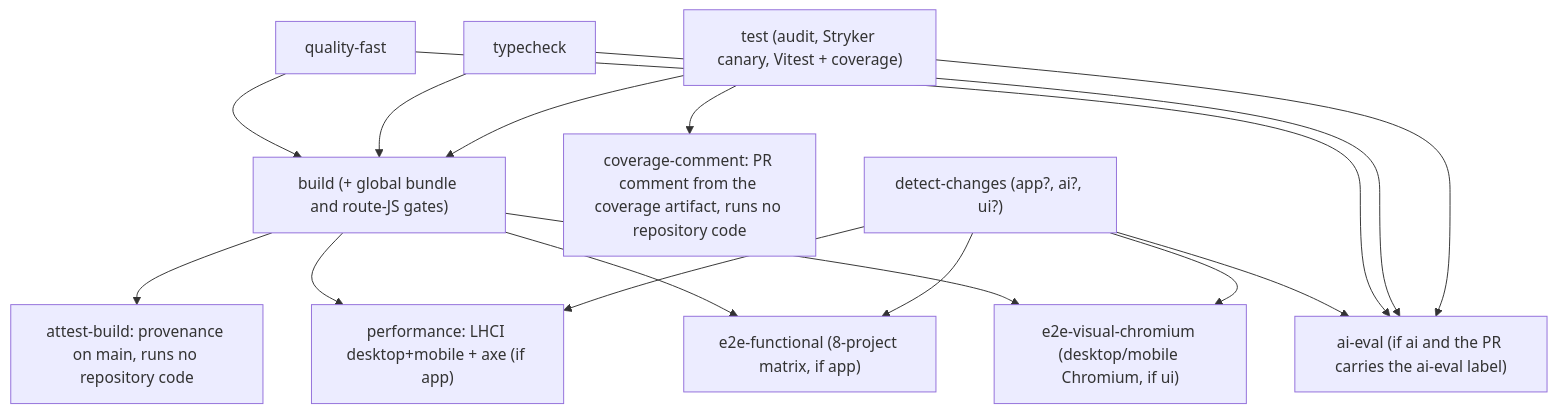
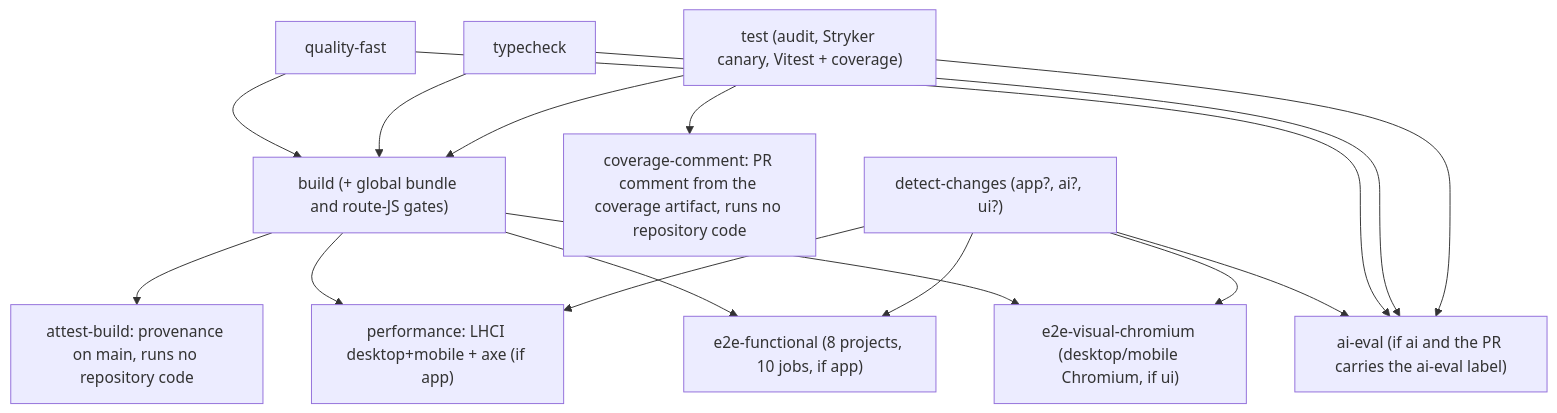
Before and after one commit to erikunha/portfolio: the fifth of 8 diagrams in docs/07-workflows.md, drawn with Mermaid. The commit also changed other lines of this file and 6 other files, not shown here.

````diff
--- a/docs/07-workflows.md
+++ b/docs/07-workflows.md
@@ -189,18 +189,18 @@
 ```mermaid
 flowchart TD
     qf["quality-fast"] --> b["build (+ global bundle and route-JS gates)"]
     tc["typecheck"] --> b
     t["test (audit, Stryker canary, Vitest + coverage)"] --> b
     b --> at["attest-build: provenance on main, runs no repository code"]
     t --> cc["coverage-comment: PR comment from the coverage artifact, runs no repository code"]
     b --> perf["performance: LHCI desktop+mobile + axe (if app)"]
-    b --> e2e["e2e-functional (8-project matrix, if app)"]
+    b --> e2e["e2e-functional (8 projects, 10 jobs, if app)"]
     b --> vis["e2e-visual-chromium (desktop/mobile Chromium, if ui)"]
     dc["detect-changes (app?, ai?, ui?)"] --> perf
     dc --> e2e
     dc --> vis
     dc --> ev["ai-eval (if ai and the PR carries the ai-eval label)"]
     qf --> ev
     tc --> ev
     t --> ev
 ```
````
